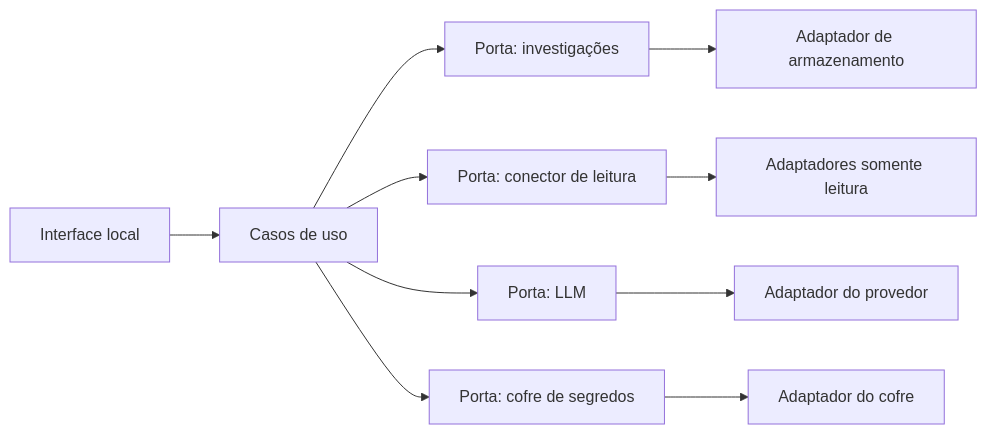
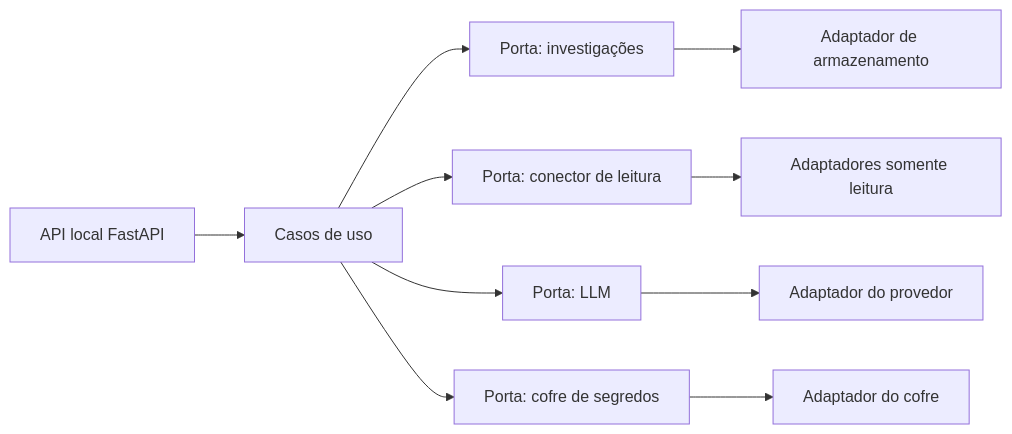
One commit to danielxdrj/forge changed the diagram in docs/ARCHITECTURE.md. Above: the diagram before and after it, drawn with Mermaid. The commit also changed other lines of this file and 4 other files, not shown here.

````diff
--- a/docs/ARCHITECTURE.md
+++ b/docs/ARCHITECTURE.md
@@ -28,12 +33,12 @@
 ```mermaid
 flowchart LR
-  ui["Interface local"] --> app["Casos de uso"]
+  ui["API local FastAPI"] --> app["Casos de uso"]
   app --> inv["Porta: investigações"]
   app --> conn["Porta: conector de leitura"]
   app --> llm["Porta: LLM"]
   app --> secrets["Porta: cofre de segredos"]
   inv --> store["Adaptador de armazenamento"]
   conn --> adapters["Adaptadores somente leitura"]
   llm --> provider["Adaptador do provedor"]
   secrets --> vault["Adaptador do cofre"]
 ```
````
